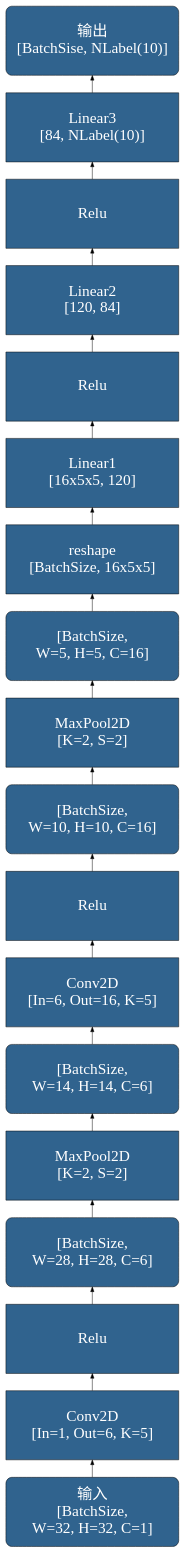
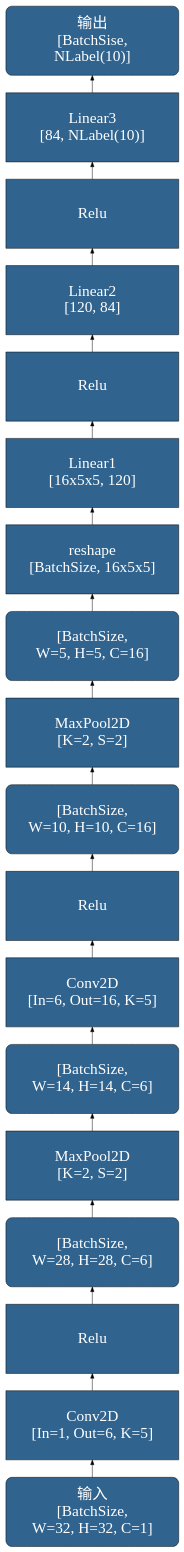
The diagram in docs/basic_dl_arch/3_1_Lenet.dot (OpenDocCN/python-code-anls), drawn with Graphviz before and after one commit. The commit also changed 3 other files, not shown here.

```diff
--- a/docs/basic_dl_arch/3_1_Lenet.dot
+++ b/docs/basic_dl_arch/3_1_Lenet.dot
@@ -1,38 +1,38 @@
 digraph Lenet {
 	rankdir=BT
     node [
 		style=filled, 
 		color=Black
 		fontcolor=White, 
 		fillcolor="#30638e", 
 		fontname="SimHei",
 		fontsize=32,
 		width=5, height=2,
 		shape="box",
 	]
 	
 	
 	inp [label="输入\n[BatchSize,\n W=32, H=32, C=1]", shape="Mrecord"]
     conv1 [label="Conv2D\n[In=1, Out=6, K=5]"]
     relu1 [label="Relu"]
     featmap11 [label="[BatchSize,\n W=28, H=28, C=6]", shape="Mrecord"]
     pool1 [label="MaxPool2D\n[K=2, S=2]"]
     featmap12 [label="[BatchSize,\n W=14, H=14, C=6]", shape="Mrecord"]
     conv2 [label="Conv2D\n[In=6, Out=16, K=5]"]
     relu2 [label="Relu"]
     featmap21 [label="[BatchSize,\n W=10, H=10, C=16]", shape="Mrecord"]
     pool2 [label="MaxPool2D\n[K=2, S=2]"]
     featmap22 [label="[BatchSize,\n W=5, H=5, C=16]", shape="Mrecord"]
     reshape [label="reshape\n[BatchSize, 16x5x5]"]
     ll1 [label="Linear1\n[16x5x5, 120]"]
     relu3 [label="Relu"]
     ll2 [label="Linear2\n[120, 84]"]
     relu4 [label="Relu"]
 	ll3  [label="Linear3\n[84, NLabel(10)]"]
-	oup [label="输出\n[BatchSise, NLabel(10)]", shape="Mrecord"]
+	oup [label="输出\n[BatchSise,\n NLabel(10)]", shape="Mrecord"]
 	
 	inp -> conv1 -> relu1 -> featmap11 -> pool1 -> featmap12 ->
            conv2 -> relu2 -> featmap21 -> pool2 -> featmap22 ->
            reshape -> ll1 -> relu3 -> ll2 -> relu4 -> ll3 -> oup
 	
 }
```
